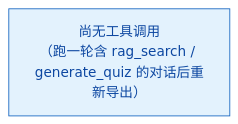
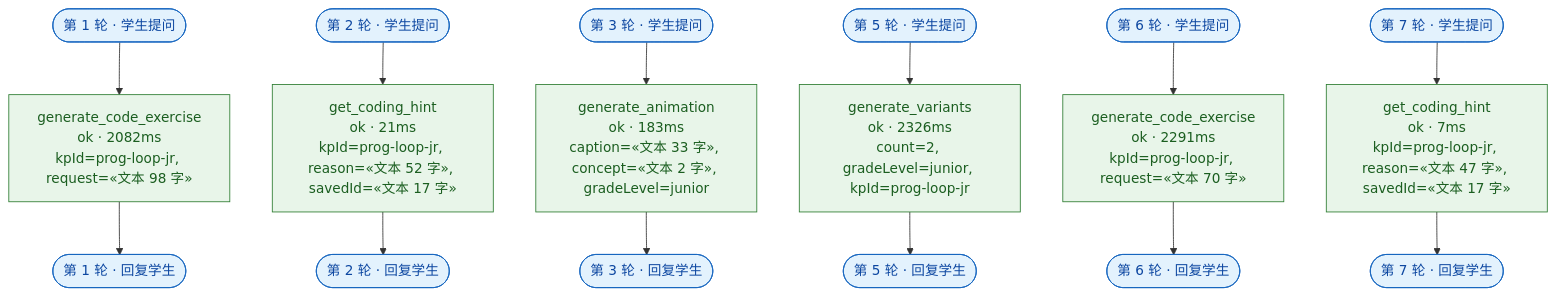
One commit to IceFireIcer/K12AgentProject changed the diagram in docs/tool-trace.md. Above: the diagram before and after it, drawn with Mermaid. The commit also changed other lines of this file and 47 other files, not shown here.

````diff
--- a/docs/tool-trace.md
+++ b/docs/tool-trace.md
@@ -11,11 +11,28 @@
 ```mermaid
 flowchart TD
   %% 由 desktop/src/main/agent/trace.ts 自动生成，请勿手改
-  %% 生成时间：2026-09-24T17:17:36.989Z｜轮数：0｜调用：0 次
+  %% 生成时间：2026-09-26T07:21:14.395Z｜轮数：7｜调用：6 次
   %% 参数只记摘要（不含原文 / 密钥 / 学生个人信息）
   classDef turn fill:#e3f2fd,stroke:#1565c0,stroke-width:1px,color:#0d47a1
   classDef ok fill:#e8f5e9,stroke:#2e7d32,stroke-width:1px,color:#1b5e20
   classDef fail fill:#ffebee,stroke:#c62828,stroke-width:1px,color:#b71c1c
   classDef blocked fill:#fff8e1,stroke:#f9a825,stroke-width:1px,color:#795548
-  EMPTY["尚无工具调用<br/>（跑一轮含 rag_search / generate_quiz 的对话后重新导出）"]:::turn
+  T1_START(["第 1 轮 · 学生提问"]):::turn
+  T1_START --> T1_C_1["generate_code_exercise<br/>ok · 2082ms<br/>kpId=prog-loop-jr, request=«文本 98 字»"]:::ok
+  T1_C_1 --> T1_END(["第 1 轮 · 回复学生"]):::turn
+  T2_START(["第 2 轮 · 学生提问"]):::turn
+  T2_START --> T2_C_2["get_coding_hint<br/>ok · 21ms<br/>kpId=prog-loop-jr, reason=«文本 52 字», savedId=«文本 17 字»"]:::ok
+  T2_C_2 --> T2_END(["第 2 轮 · 回复学生"]):::turn
+  T3_START(["第 3 轮 · 学生提问"]):::turn
+  T3_START --> T3_C_3["generate_animation<br/>ok · 183ms<br/>caption=«文本 33 字», concept=«文本 2 字», gradeLevel=junior"]:::ok
+  T3_C_3 --> T3_END(["第 3 轮 · 回复学生"]):::turn
+  T5_START(["第 5 轮 · 学生提问"]):::turn
+  T5_START --> T5_C_4["generate_variants<br/>ok · 2326ms<br/>count=2, gradeLevel=junior, kpId=prog-loop-jr"]:::ok
+  T5_C_4 --> T5_END(["第 5 轮 · 回复学生"]):::turn
+  T6_START(["第 6 轮 · 学生提问"]):::turn
+  T6_START --> T6_C_5["generate_code_exercise<br/>ok · 2291ms<br/>kpId=prog-loop-jr, request=«文本 70 字»"]:::ok
+  T6_C_5 --> T6_END(["第 6 轮 · 回复学生"]):::turn
+  T7_START(["第 7 轮 · 学生提问"]):::turn
+  T7_START --> T7_C_6["get_coding_hint<br/>ok · 7ms<br/>kpId=prog-loop-jr, reason=«文本 47 字», savedId=«文本 17 字»"]:::ok
+  T7_C_6 --> T7_END(["第 7 轮 · 回复学生"]):::turn
 ```
````
